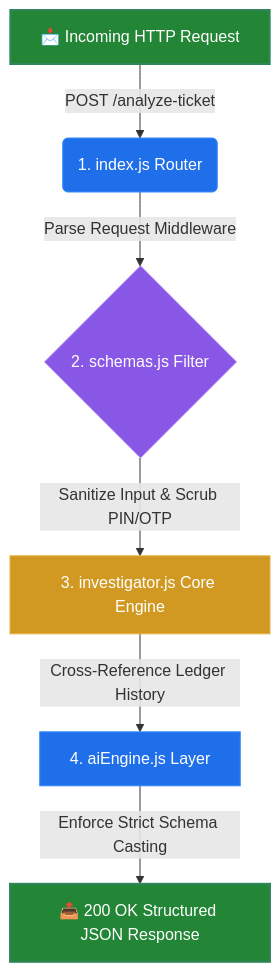
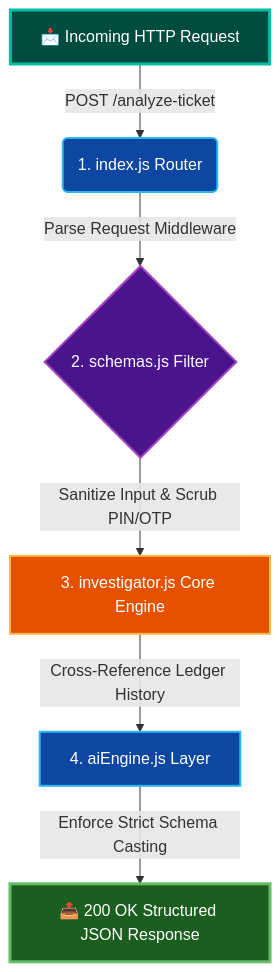
One commit to Zishan-125/queuestorm-investigator changed the diagram in README.md. Above: the diagram before and after it, drawn with Mermaid.

Commit message:
Change color styles in README.md diagram
Updated color styles for various elements in the diagram.

````diff
--- a/README.md
+++ b/README.md
@@ -19,15 +19,15 @@
 ```mermaid
 graph TD
     A[📩 Incoming HTTP Request] -->|POST /analyze-ticket| B(1. index.js Router)
     B -->|Parse Request Middleware| C{2. schemas.js Filter}
     C -->|Sanitize Input & Scrub PIN/OTP| D[3. investigator.js Core Engine]
     D -->|Cross-Reference Ledger History| E[4. aiEngine.js Layer]
     E -->|Enforce Strict Schema Casting| F[📤 200 OK Structured JSON Response]
 
-    style A fill:#238636,stroke:#30855c,stroke-width:2px,color:#fff
-    style B fill:#1f6feb,stroke:#388bfd,stroke-width:1px,color:#fff
-    style C fill:#8957e5,stroke:#a371f7,stroke-width:1px,color:#fff
-    style D fill:#d29922,stroke:#e3b341,stroke-width:1px,color:#fff
-    style E fill:#1f6feb,stroke:#388bfd,stroke-width:1px,color:#fff
-    style F fill:#238636,stroke:#30855c,stroke-width:2px,color:#fff
+    style A fill:#004d40,stroke:#00bfa5,stroke-width:3px,color:#ffffff
+    style B fill:#0d47a1,stroke:#29b6f6,stroke-width:2px,color:#ffffff
+    style C fill:#4a148c,stroke:#ab47bc,stroke-width:2px,color:#ffffff
+    style D fill:#e65100,stroke:#ffb74d,stroke-width:2px,color:#ffffff
+    style E fill:#0d47a1,stroke:#29b6f6,stroke-width:2px,color:#ffffff
+    style F fill:#1b5e20,stroke:#66bb6a,stroke-width:3px,color:#ffffff
 ```
````
